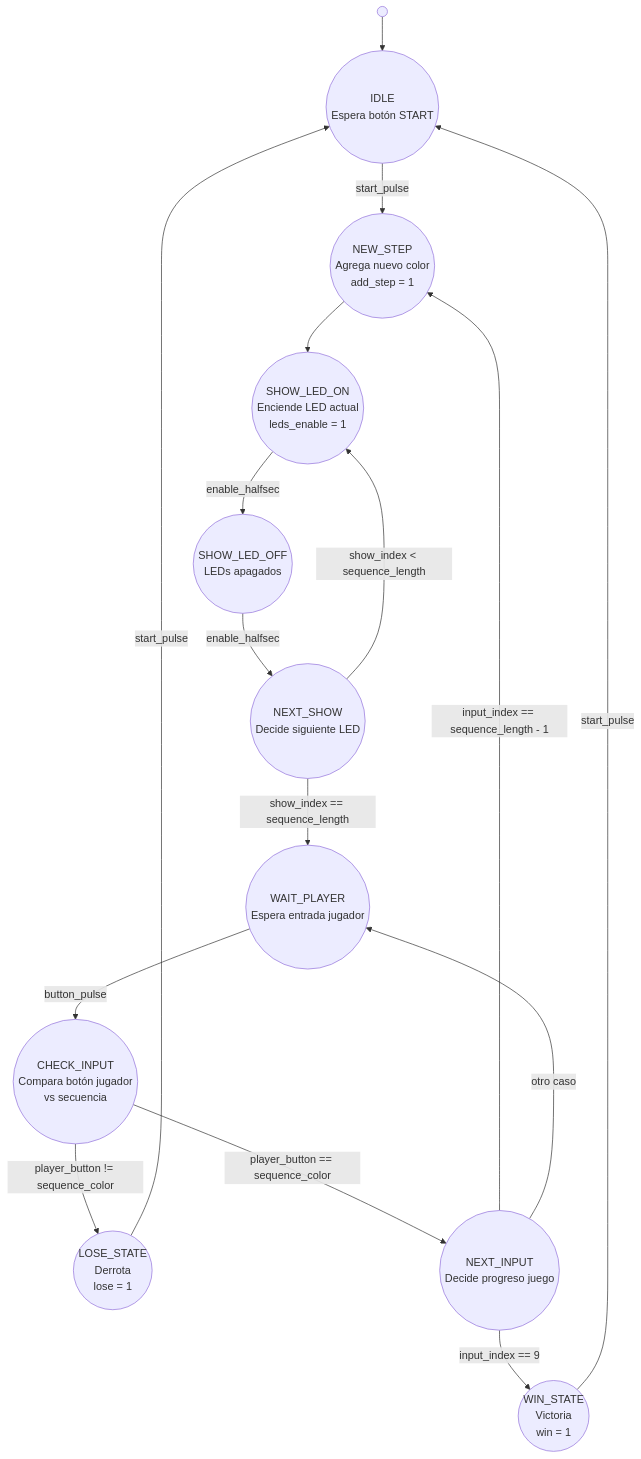
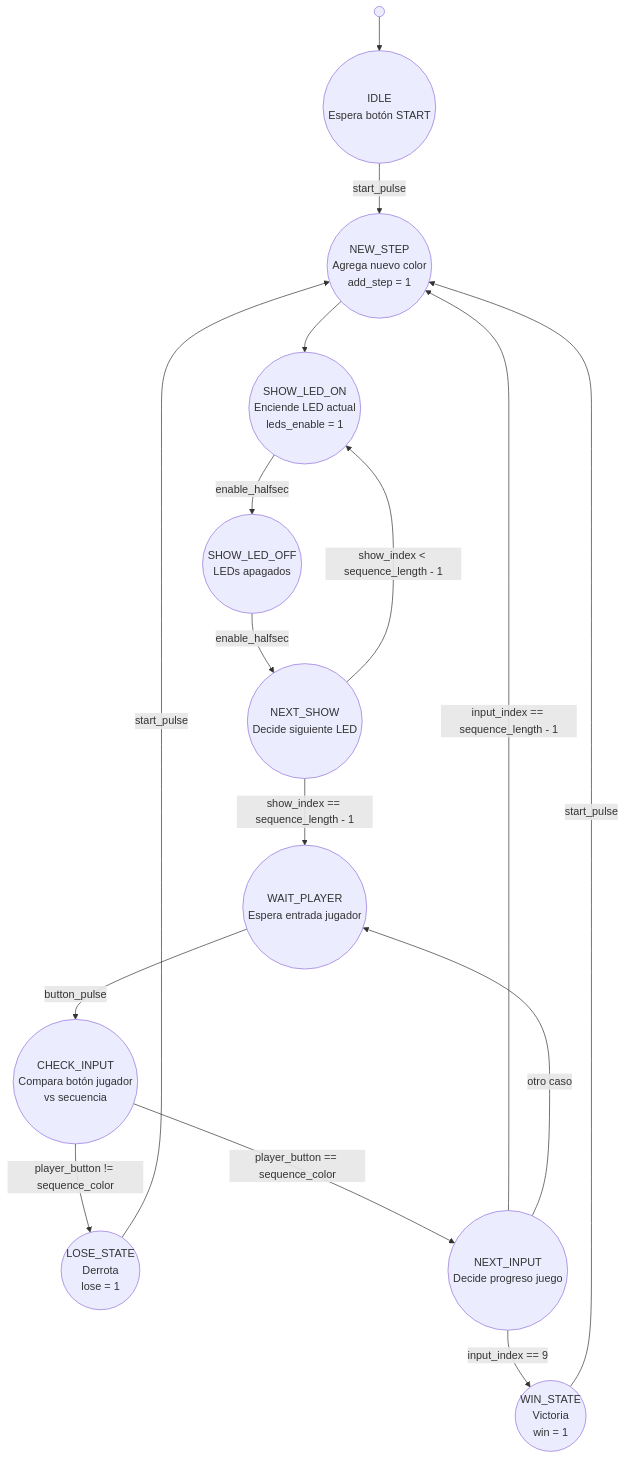
Before and after one commit to JohanTames/PruebasTarea1Micros: the diagram in circulos.md, drawn with Mermaid.

````diff
--- a/circulos.md
+++ b/circulos.md
@@ -1,38 +1,38 @@
 ```mermaid
 flowchart TD
     inicio(( )) --> IDLE
 
     IDLE((IDLE <br> Espera botón START))
     IDLE -- start_pulse --> NEW_STEP
 
     NEW_STEP((NEW_STEP <br> Agrega nuevo color <br> add_step = 1))
     NEW_STEP --> SHOW_LED_ON
 
     SHOW_LED_ON((SHOW_LED_ON <br> Enciende LED actual <br> leds_enable = 1))
     SHOW_LED_ON -- enable_halfsec --> SHOW_LED_OFF
 
     SHOW_LED_OFF((SHOW_LED_OFF <br> LEDs apagados))
     SHOW_LED_OFF -- enable_halfsec --> NEXT_SHOW
 
     NEXT_SHOW((NEXT_SHOW <br> Decide siguiente LED))
-    NEXT_SHOW -- "show_index < sequence_length" --> SHOW_LED_ON
-    NEXT_SHOW -- "show_index == sequence_length" --> WAIT_PLAYER
+    NEXT_SHOW -- "show_index < sequence_length - 1" --> SHOW_LED_ON
+    NEXT_SHOW -- "show_index == sequence_length - 1" --> WAIT_PLAYER
 
     WAIT_PLAYER((WAIT_PLAYER <br> Espera entrada jugador))
     WAIT_PLAYER -- button_pulse --> CHECK_INPUT
 
     CHECK_INPUT((CHECK_INPUT <br> Compara botón jugador<br>vs secuencia))
     CHECK_INPUT -- "player_button != sequence_color" --> LOSE_STATE
     CHECK_INPUT -- "player_button == sequence_color" --> NEXT_INPUT
 
     NEXT_INPUT((NEXT_INPUT <br> Decide progreso juego))
     NEXT_INPUT -- "input_index == 9" --> WIN_STATE
     NEXT_INPUT -- "input_index == sequence_length - 1" --> NEW_STEP
     NEXT_INPUT -- "otro caso" --> WAIT_PLAYER
 
     WIN_STATE((WIN_STATE <br> Victoria<br>win = 1))
-    WIN_STATE -- start_pulse --> IDLE
+    WIN_STATE -- start_pulse --> NEW_STEP
 
     LOSE_STATE((LOSE_STATE <br> Derrota<br>lose = 1))
-    LOSE_STATE -- start_pulse --> IDLE
+    LOSE_STATE -- start_pulse --> NEW_STEP
 ```
````
